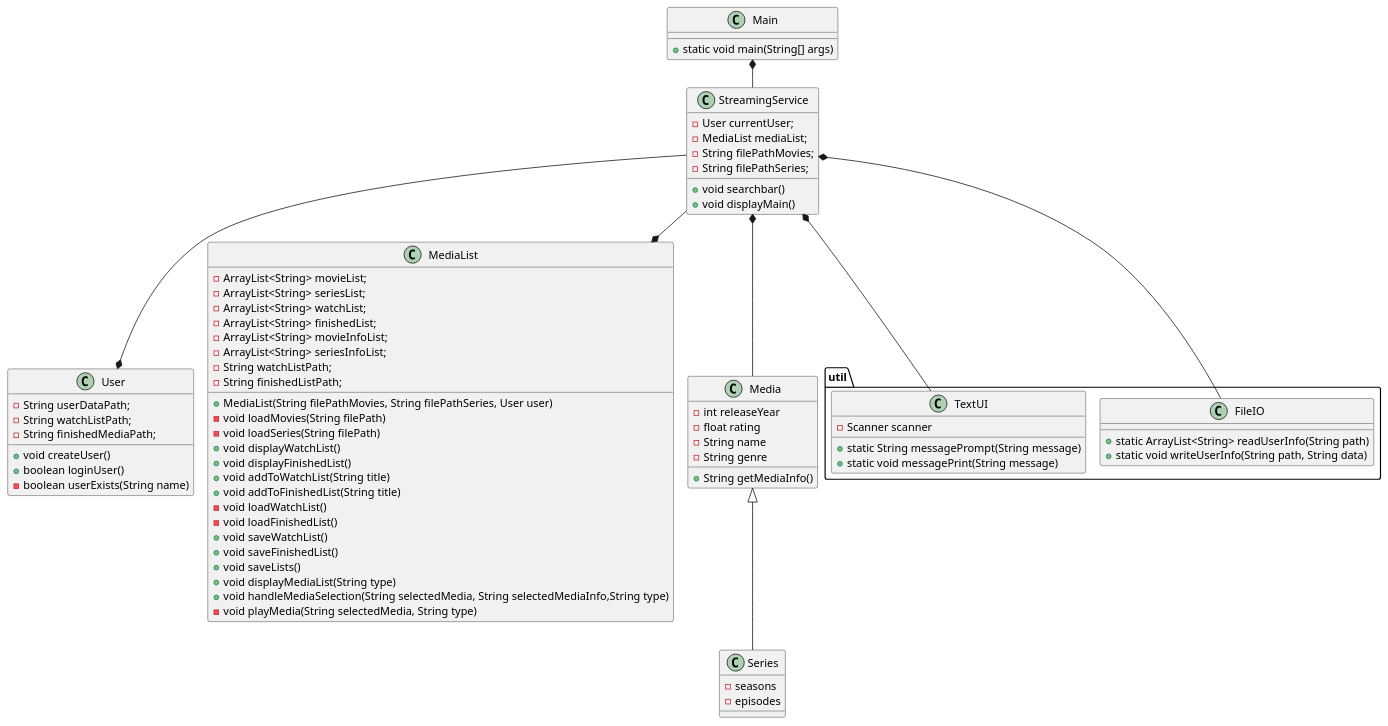
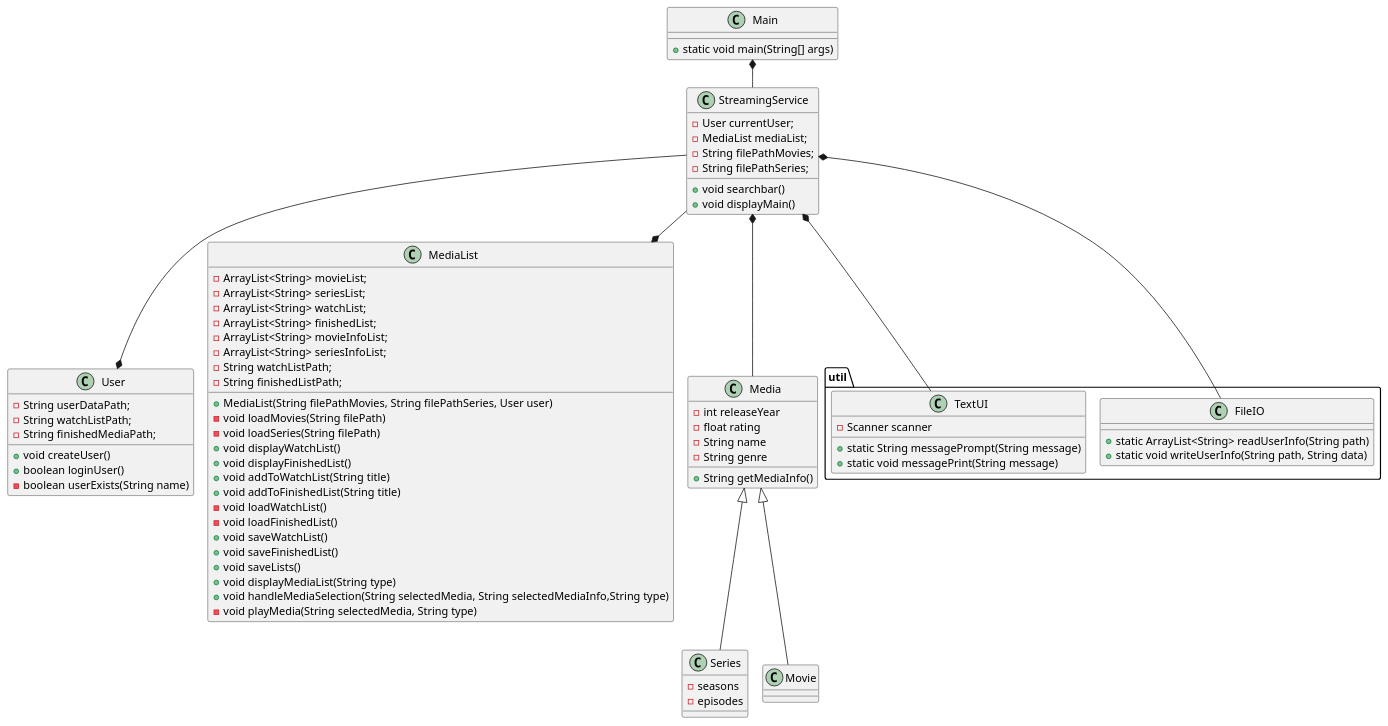
One commit to AndreasKuke/SP3-TMA changed the diagram in doc/ClassDiagramV2.puml. Above: the diagram before and after it, drawn with PlantUML.

Commit message:
ClassDiagramV2 done done

```diff
--- a/doc/ClassDiagramV2.puml
+++ b/doc/ClassDiagramV2.puml
@@ -1,109 +1,112 @@
 @startuml
 !pragma layout smetana
 'https://plantuml.com/class-diagram
 
 
 class User{
 - String userDataPath;
 - String watchListPath;
 - String finishedMediaPath;
 
 + void createUser()
 + boolean loginUser()
 - boolean userExists(String name)
 
 }
 
 class Main{
 
 + static void main(String[] args)
 }
 
 class StreamingService{
 
 + void searchbar()
 - User currentUser;
 - MediaList mediaList;
 - String filePathMovies;
 - String filePathSeries;
 + void displayMain()
 
 }
 
 class MediaList{
 
 -ArrayList<String> movieList;
 -ArrayList<String> seriesList;
 -ArrayList<String> watchList;
 -ArrayList<String> finishedList;
 -ArrayList<String> movieInfoList;
 -ArrayList<String> seriesInfoList;
 -String watchListPath;
 -String finishedListPath;
 
 +MediaList(String filePathMovies, String filePathSeries, User user)
 - void loadMovies(String filePath)
 - void loadSeries(String filePath)
 + void displayWatchList()
 + void displayFinishedList()
 + void addToWatchList(String title)
 + void addToFinishedList(String title)
 - void loadWatchList()
 - void loadFinishedList()
 + void saveWatchList()
 + void saveFinishedList()
 + void saveLists()
 + void displayMediaList(String type)
 + void handleMediaSelection(String selectedMedia, String selectedMediaInfo,String type)
 - void playMedia(String selectedMedia, String type)
 
 
 }
 
 package "util" {
 
 class FileIO{
 + static ArrayList<String> readUserInfo(String path)
 + static void writeUserInfo(String path, String data)
 
 }
 class TextUI{
 - Scanner scanner
 + static String messagePrompt(String message)
 + static void messagePrint(String message)
 
 }
 }
 
 class Media{
 
 - int releaseYear
 - float rating
 - String name
 - String genre
 + String getMediaInfo()
 
 
 }
 
 class Series{
 
 - seasons
 - episodes
 
 }
 
 
 
+Media <|-- Movie
 Media <|-- Series
 
 StreamingService *-- Media
 StreamingService --* User
 StreamingService --* MediaList
 
+
 Main *-- StreamingService
+
 
 StreamingService *-- TextUI
 StreamingService *-- FileIO
 
 @enduml
```
